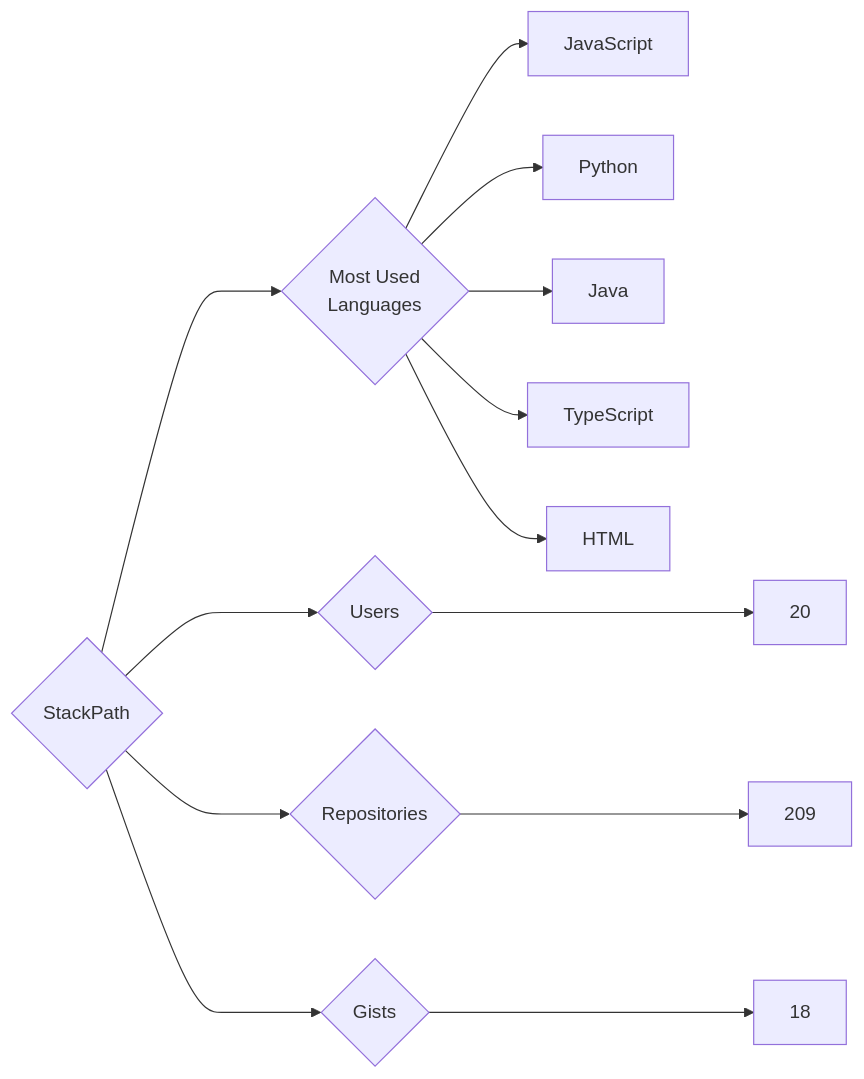
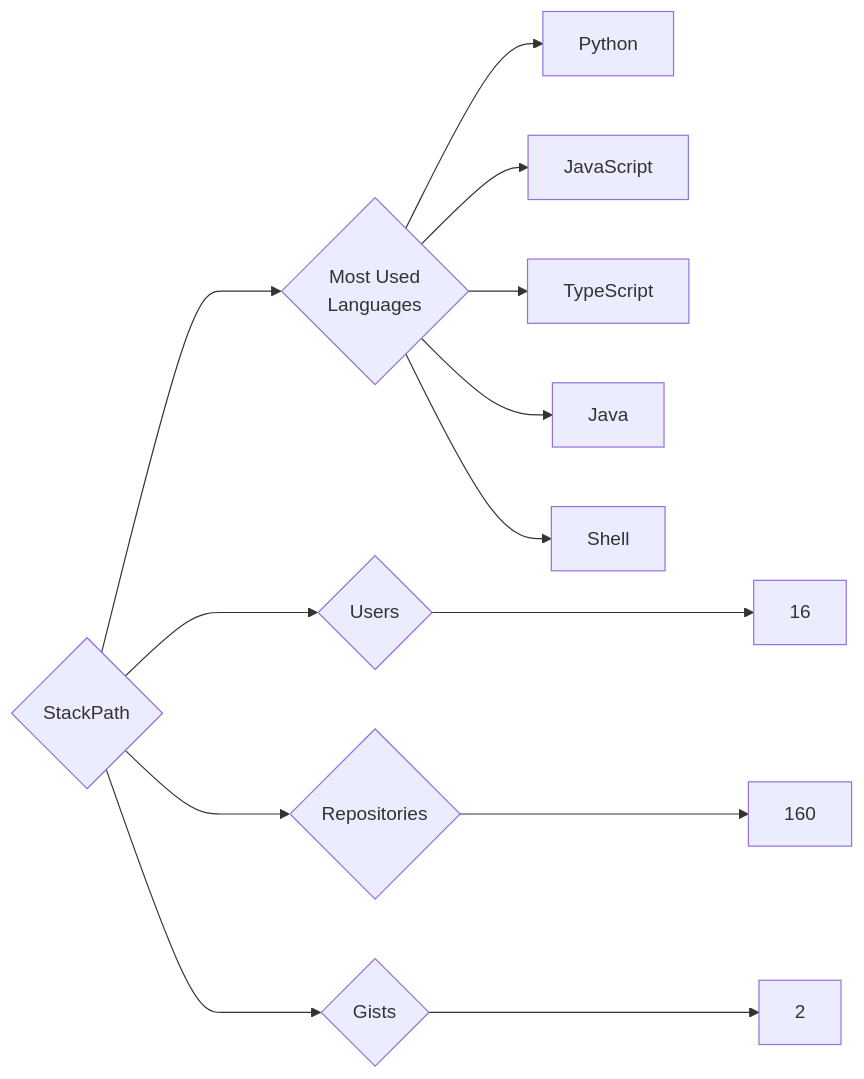
One commit to trickest/insiders changed the diagram in targets/StackPath/README.md. Above: the diagram before and after it, drawn with Mermaid. The commit also changed 940 other files, not shown here.

````diff
--- a/targets/StackPath/README.md
+++ b/targets/StackPath/README.md
@@ -3,13 +3,13 @@
 ```mermaid
 graph LR
 COMPANY_NAME{StackPath}
-COMPANY_NAME ---> U{Users} ---> UN[20]
-COMPANY_NAME ---> R{Repositories} ---> RN[209]
-COMPANY_NAME ---> G{Gists} ---> GN[18]
+COMPANY_NAME ---> U{Users} ---> UN[16]
+COMPANY_NAME ---> R{Repositories} ---> RN[160]
+COMPANY_NAME ---> G{Gists} ---> GN[2]
 COMPANY_NAME ---> ML{Most Used<br>Languages}
+ML --> Python[Python]
 ML --> JavaScript[JavaScript]
-ML --> Python[Python]
+ML --> TypeScript[TypeScript]
 ML --> Java[Java]
-ML --> TypeScript[TypeScript]
-ML --> HTML[HTML]
+ML --> Shell[Shell]
 ```
````
